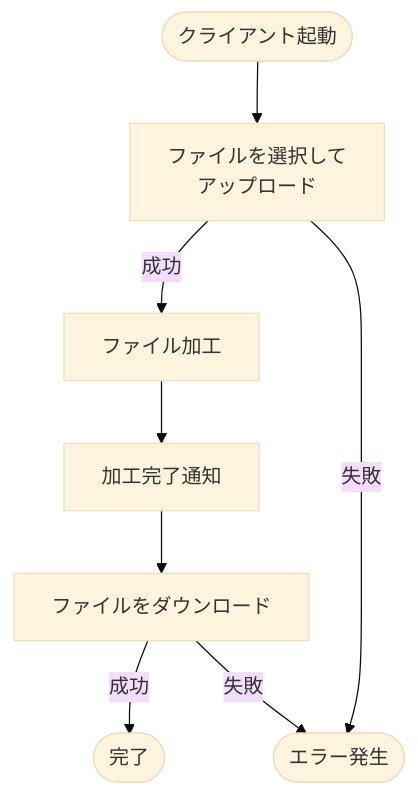
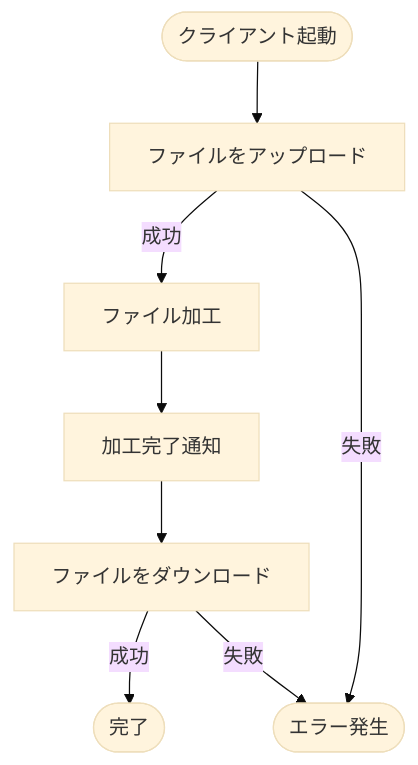
Before and after one commit to BackendExplorer/Video-Processor: the first of 4 diagrams in README.md, drawn with Mermaid (base theme). The commit also changed other lines of this file, not shown here.

````diff
--- a/README.md
+++ b/README.md
@@ -175,17 +175,17 @@
 ```mermaid
 flowchart TD
     Start(["クライアント起動"])
-    アップロード["ファイルを選択して<br>アップロード"]
+    アップロード["ファイルをアップロード"]
     加工["ファイル加工"]
     通知["加工完了通知"]
     ダウンロード["ファイルをダウンロード"]
     完了(["完了"])
     エラー(["エラー発生"])
 
     Start --> アップロード
     アップロード -- 成功 --> 加工
     アップロード -- 失敗 --> エラー
     加工 --> 通知 --> ダウンロード
     ダウンロード -- 成功 --> 完了
     ダウンロード -- 失敗 --> エラー
 ```
````
